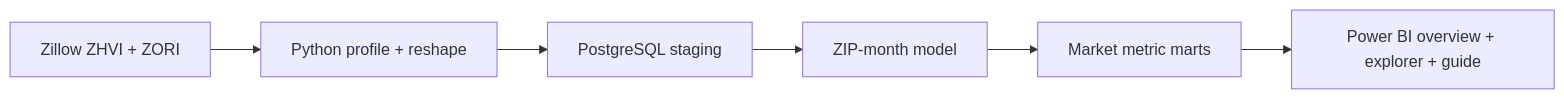
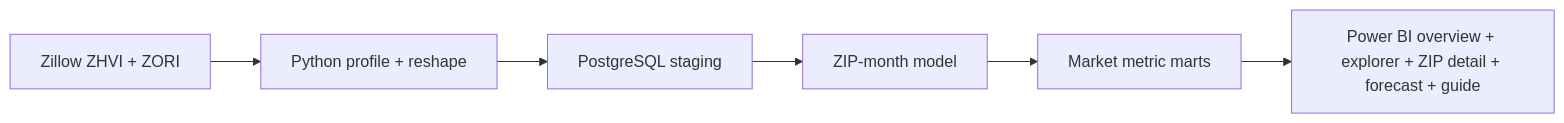
Before and after one commit to yuvrajriyar/EstateFlow: the diagram in README.md, drawn with Mermaid. The commit also changed other lines of this file and 115 other files, not shown here.

````diff
--- a/README.md
+++ b/README.md
@@ -35,8 +35,8 @@
 ```mermaid
 flowchart LR
     A[Zillow ZHVI + ZORI] --> B[Python profile + reshape]
     B --> C[PostgreSQL staging]
     C --> D[ZIP-month model]
     D --> E[Market metric marts]
-    E --> F[Power BI overview + explorer + guide]
+    E --> F[Power BI overview + explorer + ZIP detail + forecast + guide]
 ```
````
